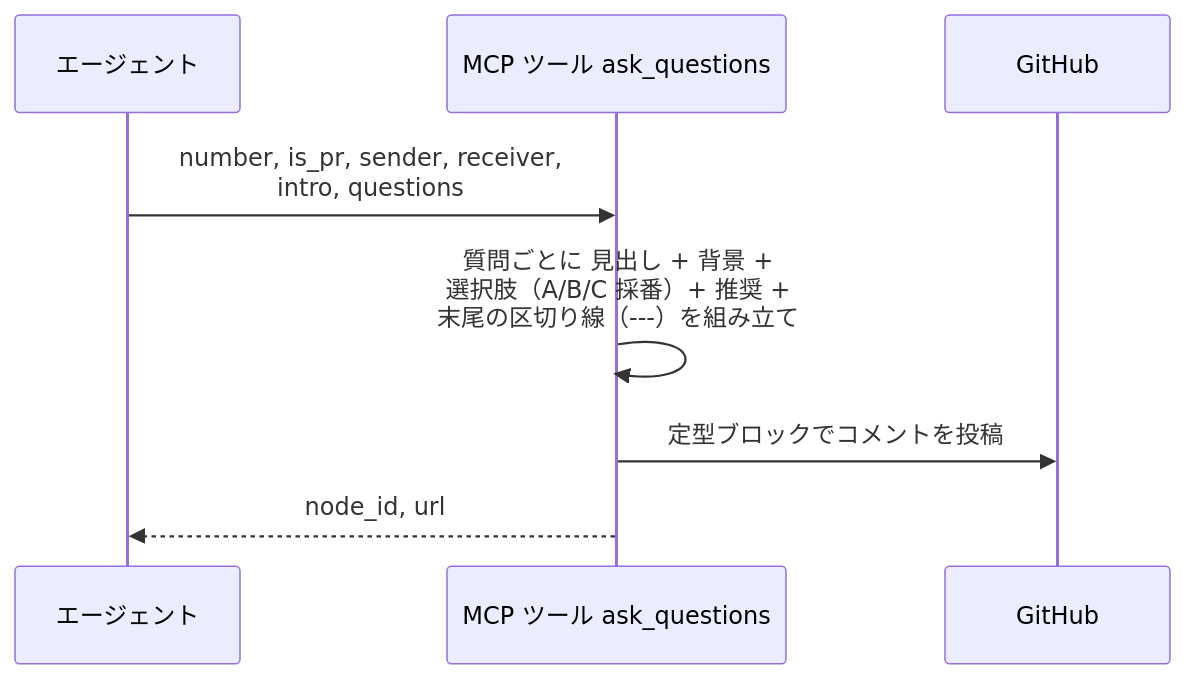
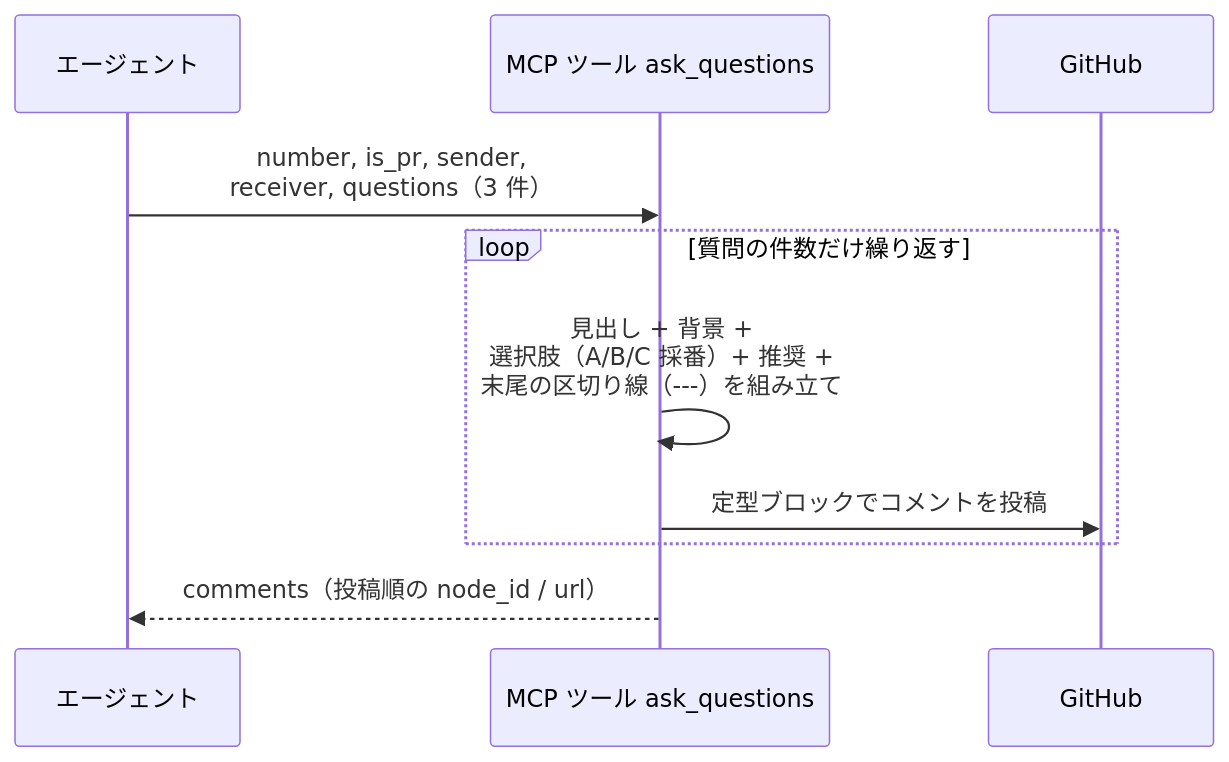
One commit to shuhei1101/ai-monitor changed the first of 3 diagrams in docs/wiki/設計図/インターフェース定義/バックエンド/質問投稿.py.md. Above: the diagram before and after it, drawn with Mermaid. The commit also changed other lines of this file and 13 other files, not shown here.

````diff
--- a/docs/wiki/設計図/インターフェース定義/バックエンド/質問投稿.py.md
+++ b/docs/wiki/設計図/インターフェース定義/バックエンド/質問投稿.py.md
@@ -97,11 +124,13 @@
 ```mermaid
 sequenceDiagram
   participant A as エージェント
   participant T as MCP ツール ask_questions
   participant GH as GitHub
 
-  A->>T: number, is_pr, sender, receiver,<br>intro, questions
-  T->>T: 質問ごとに 見出し + 背景 +<br>選択肢（A/B/C 採番）+ 推奨 +<br>末尾の区切り線（---）を組み立て
-  T->>GH: 定型ブロックでコメントを投稿
-  T-->>A: node_id, url
+  A->>T: number, is_pr, sender,<br>receiver, questions（3 件）
+  loop 質問の件数だけ繰り返す
+    T->>T: 見出し + 背景 +<br>選択肢（A/B/C 採番）+ 推奨 +<br>末尾の区切り線（---）を組み立て
+    T->>GH: 定型ブロックでコメントを投稿
+  end
+  T-->>A: comments（投稿順の node_id / url）
 ```
````
